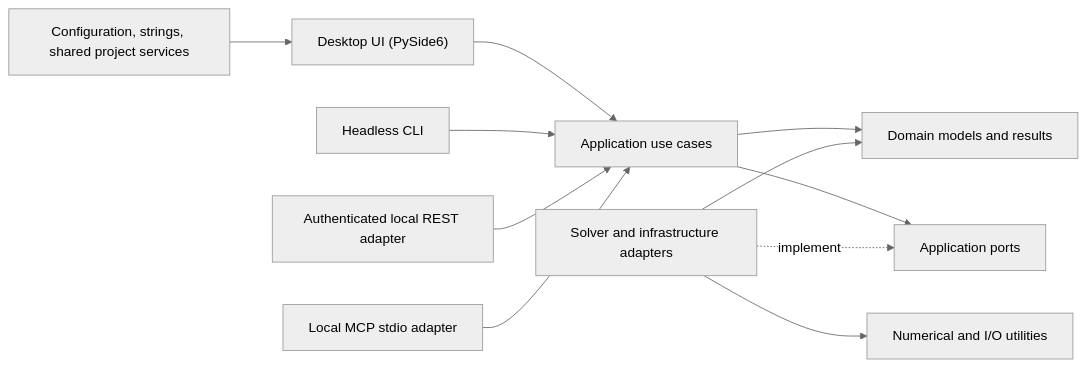
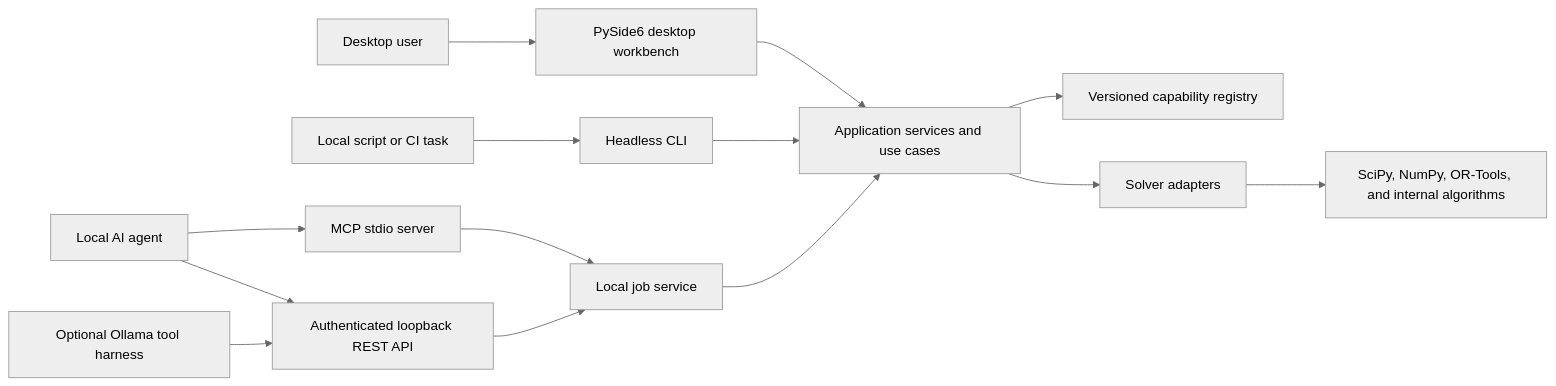
The first of 9 diagrams in docs/ARCHITECTURE.md (Pablo-gitub/optees), drawn with Mermaid (neutral theme) before and after one commit. The commit also changed other lines of this file and 2 other files, not shown here.

Commit message:
Document the local solver platform architecture

````diff
--- a/docs/ARCHITECTURE.md
+++ b/docs/ARCHITECTURE.md
@@ -13,13 +34,18 @@
 ```mermaid
 flowchart LR
-    Desktop["Desktop UI (PySide6)"] --> Application["Application use cases"]
-    CLI["Headless CLI"] --> Application
-    REST["Authenticated local REST adapter"] --> Application
-    MCP["Local MCP stdio adapter"] --> Application
-    Application --> Domain["Domain models and results"]
-    Application --> Ports["Application ports"]
-    Adapters["Solver and infrastructure adapters"] -. implement .-> Ports
-    Adapters --> Utility["Numerical and I/O utilities"]
-    Adapters --> Domain
-    Core["Configuration, strings, shared project services"] --> Desktop
+    User["Desktop user"] --> GUI["PySide6 desktop workbench"]
+    Script["Local script or CI task"] --> CLI["Headless CLI"]
+    LocalAgent["Local AI agent"] --> MCP["MCP stdio server"]
+    LocalAgent --> REST["Authenticated loopback REST API"]
+    Ollama["Optional Ollama tool harness"] --> REST
+
+    GUI --> Core["Application services and use cases"]
+    CLI --> Core
+    MCP --> Jobs["Local job service"]
+    REST --> Jobs
+    Jobs --> Core
+
+    Core --> Registry["Versioned capability registry"]
+    Core --> Adapters["Solver adapters"]
+    Adapters --> Engines["SciPy, NumPy, OR-Tools, and internal algorithms"]
 ```
````
